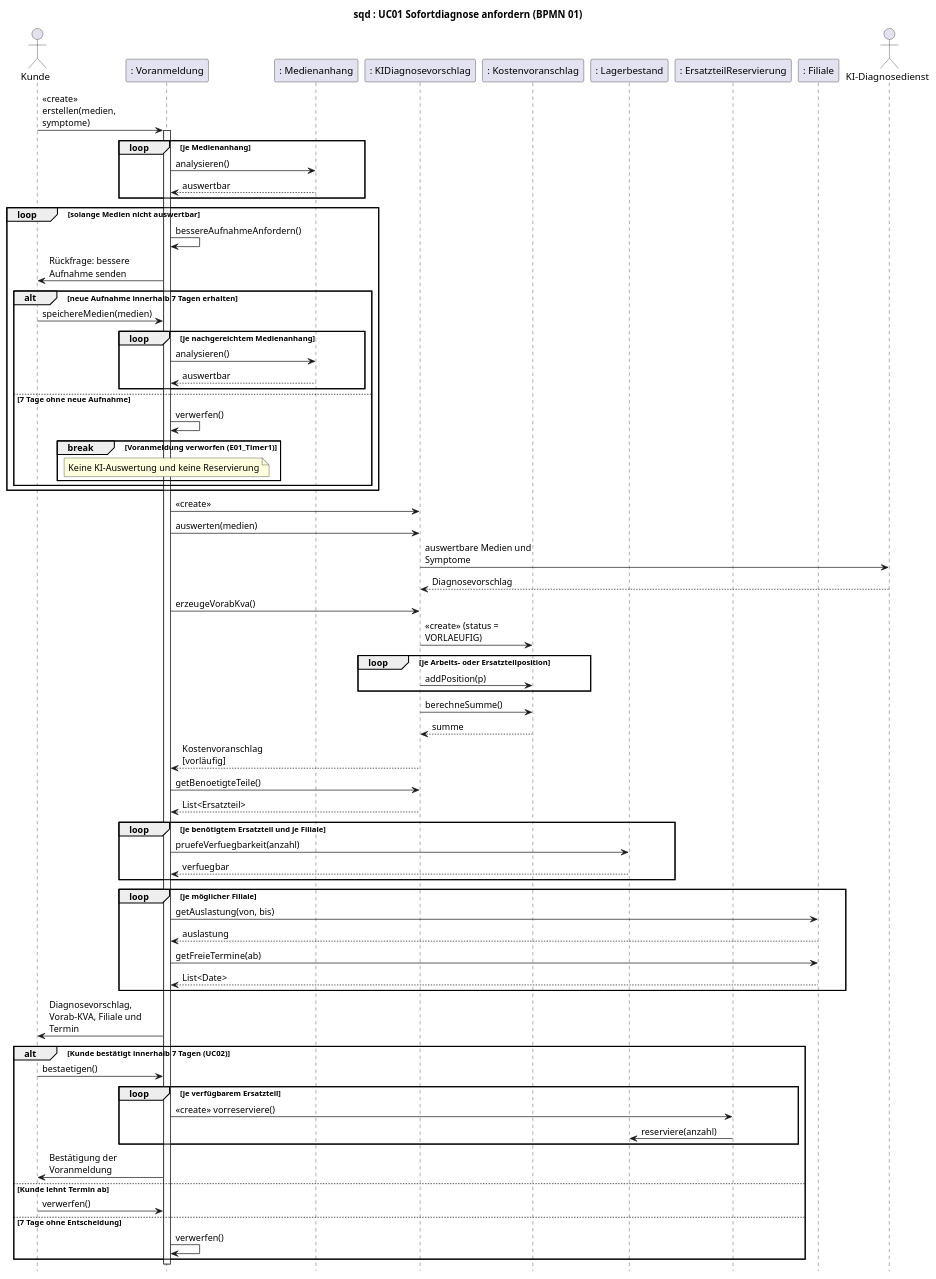
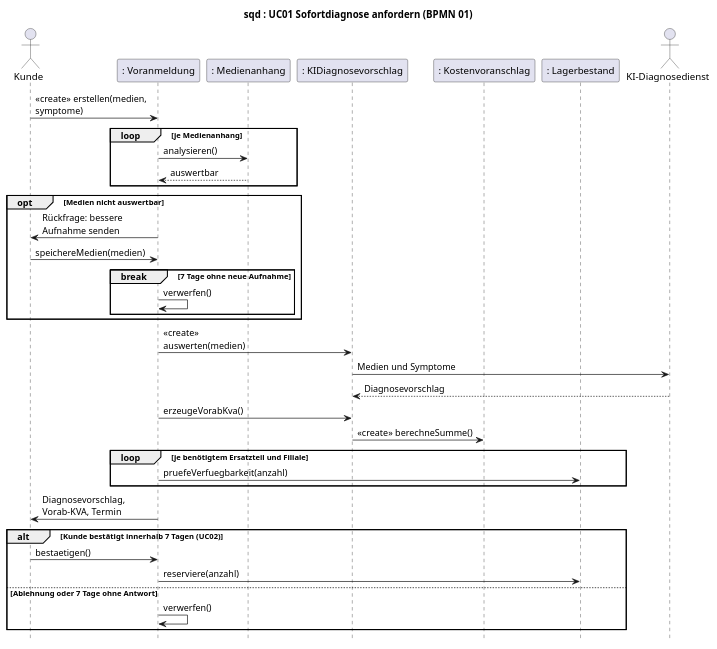
The diagram in 2_uml/entwurf-plantuml/sequenz-01-sofortdiagnose.puml (jakobschwan123-cmd/casestudy-semester-3), drawn with PlantUML before and after one commit. The commit also changed 14 other files, not shown here.

First line of the commit message:
[T05 2026-10-15] refactor: cut sequence diagrams down to the core flow (E-28)

```diff
--- a/2_uml/entwurf-plantuml/sequenz-01-sofortdiagnose.puml
+++ b/2_uml/entwurf-plantuml/sequenz-01-sofortdiagnose.puml
@@ -1,80 +1,44 @@
 @startuml
-' BPMN: p01-sofortdiagnose.bpmn
-' BPMN-Nodes: T01_Voranmeldung T01_Medien GW01_Auswertbar T01_Rueckfrage E01_Neu E01_Timer1 T01_KI T01_VorabKVA T01_Verfuegbarkeit T01_Termin T01_Senden E01_Bestaetigt E01_Abgelehnt E01_Timer T01_Verwerfen T01_Markieren T01_Reservieren T01_Bestaetigung
+' BPMN: p01-sofortdiagnose.bpmn. Kernablauf; Rückfragen, Timer und Terminsuche nur als Fragment bzw. in UC17.
 title sqd : UC01 Sofortdiagnose anfordern (BPMN 01)
 skinparam defaultFontName Arial
 skinparam sequenceMessageAlign left
-skinparam maxMessageSize 160
+skinparam maxMessageSize 170
 hide footbox
 
 actor Kunde
 participant ": Voranmeldung" as VA
 participant ": Medienanhang" as MA
 participant ": KIDiagnosevorschlag" as KI
 participant ": Kostenvoranschlag" as KVA
 participant ": Lagerbestand" as LB
-participant ": ErsatzteilReservierung" as RES
-participant ": Filiale" as FIL
 actor "KI-Diagnosedienst" as KIDienst
 
 Kunde -> VA : <<create>> erstellen(medien, symptome)
-activate VA
 loop je Medienanhang
     VA -> MA : analysieren()
     MA --> VA : auswertbar
 end
-loop solange Medien nicht auswertbar
-    VA -> VA : bessereAufnahmeAnfordern()
+opt Medien nicht auswertbar
     VA -> Kunde : Rückfrage: bessere Aufnahme senden
-    alt neue Aufnahme innerhalb 7 Tagen erhalten
-        Kunde -> VA : speichereMedien(medien)
-        loop je nachgereichtem Medienanhang
-            VA -> MA : analysieren()
-            MA --> VA : auswertbar
-        end
-    else 7 Tage ohne neue Aufnahme
+    Kunde -> VA : speichereMedien(medien)
+    break 7 Tage ohne neue Aufnahme
         VA -> VA : verwerfen()
-        break Voranmeldung verworfen (E01_Timer1)
-            note over VA : Keine KI-Auswertung und keine Reservierung
-        end
     end
 end
-VA -> KI : <<create>>
-VA -> KI : auswerten(medien)
-KI -> KIDienst : auswertbare Medien und Symptome
+VA -> KI : <<create>> auswerten(medien)
+KI -> KIDienst : Medien und Symptome
 KIDienst --> KI : Diagnosevorschlag
 VA -> KI : erzeugeVorabKva()
-KI -> KVA : <<create>> (status = VORLAEUFIG)
-loop je Arbeits- oder Ersatzteilposition
-    KI -> KVA : addPosition(p)
+KI -> KVA : <<create>> berechneSumme()
+loop je benötigtem Ersatzteil und Filiale
+    VA -> LB : pruefeVerfuegbarkeit(anzahl)
 end
-KI -> KVA : berechneSumme()
-KVA --> KI : summe
-KI --> VA : Kostenvoranschlag [vorläufig]
-VA -> KI : getBenoetigteTeile()
-KI --> VA : List<Ersatzteil>
-loop je benötigtem Ersatzteil und je Filiale
-    VA -> LB : pruefeVerfuegbarkeit(anzahl)
-    LB --> VA : verfuegbar
-end
-loop je möglicher Filiale
-    VA -> FIL : getAuslastung(von, bis)
-    FIL --> VA : auslastung
-    VA -> FIL : getFreieTermine(ab)
-    FIL --> VA : List<Date>
-end
-VA -> Kunde : Diagnosevorschlag, Vorab-KVA, Filiale und Termin
+VA -> Kunde : Diagnosevorschlag, Vorab-KVA, Termin
 alt Kunde bestätigt innerhalb 7 Tagen (UC02)
     Kunde -> VA : bestaetigen()
-    loop je verfügbarem Ersatzteil
-        VA -> RES : <<create>> vorreserviere()
-        RES -> LB : reserviere(anzahl)
-    end
-    VA -> Kunde : Bestätigung der Voranmeldung
-else Kunde lehnt Termin ab
-    Kunde -> VA : verwerfen()
-else 7 Tage ohne Entscheidung
+    VA -> LB : reserviere(anzahl)
+else Ablehnung oder 7 Tage ohne Antwort
     VA -> VA : verwerfen()
 end
-deactivate VA
 @enduml
```
